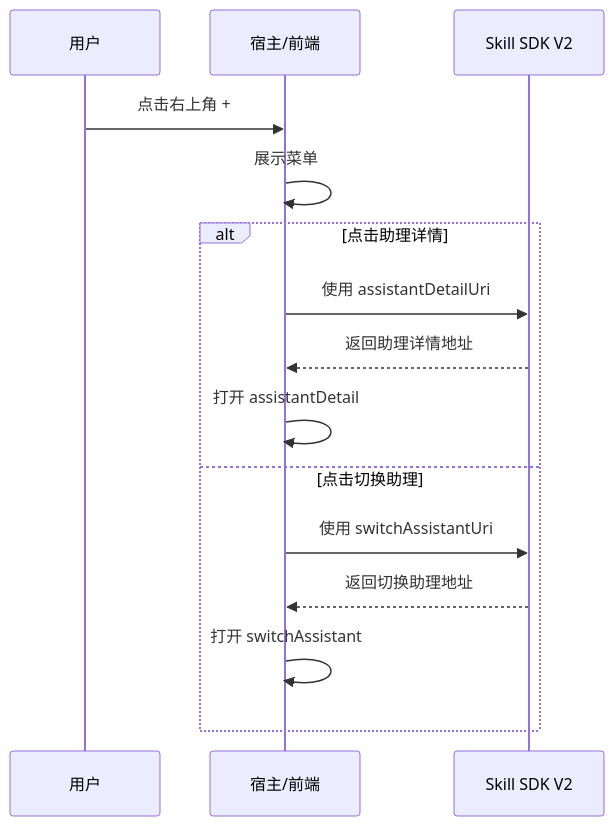
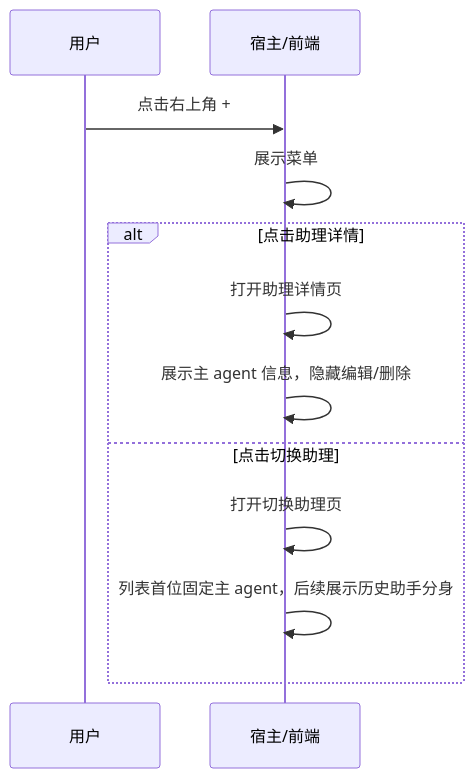
Before and after one commit to Abelsjcheng/skillSDK: the third of 4 diagrams in ai-chat-viewer/docs/plans/2026-05-20-assistant-tab-default-wecode-plan.md, drawn with Mermaid. The commit also changed other lines of this file, not shown here.

````diff
--- a/ai-chat-viewer/docs/plans/2026-05-20-assistant-tab-default-wecode-plan.md
+++ b/ai-chat-viewer/docs/plans/2026-05-20-assistant-tab-default-wecode-plan.md
@@ -99,18 +106,15 @@
 ```mermaid
 sequenceDiagram
     participant User as 用户
     participant Host as 宿主/前端
-    participant SDK as Skill SDK V2
 
     User->>Host: 点击右上角 +
     Host->>Host: 展示菜单
     alt 点击助理详情
-        Host->>SDK: 使用 assistantDetailUri
-        SDK-->>Host: 返回助理详情地址
-        Host->>Host: 打开 assistantDetail
+        Host->>Host: 打开助理详情页
+        Host->>Host: 展示主 agent 信息，隐藏编辑/删除
     else 点击切换助理
-        Host->>SDK: 使用 switchAssistantUri
-        SDK-->>Host: 返回切换助理地址
-        Host->>Host: 打开 switchAssistant
+        Host->>Host: 打开切换助理页
+        Host->>Host: 列表首位固定主 agent，后续展示历史助手分身
     end
 ```
````
